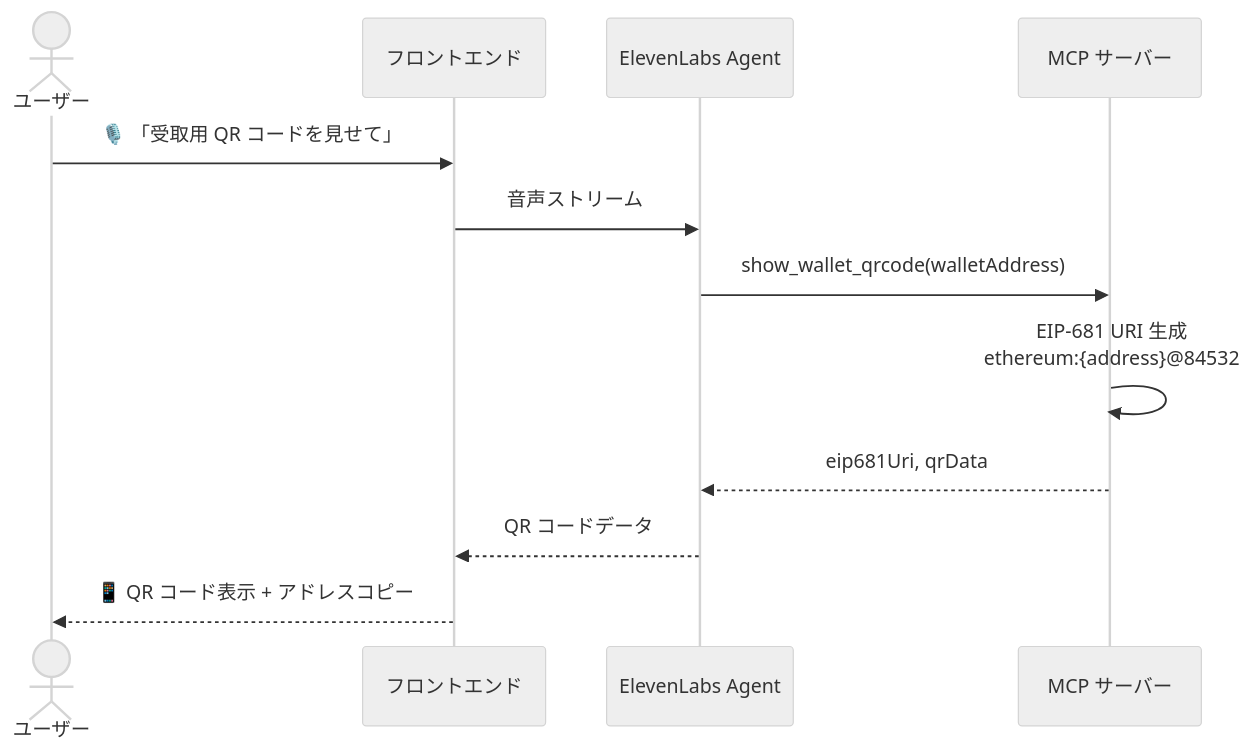
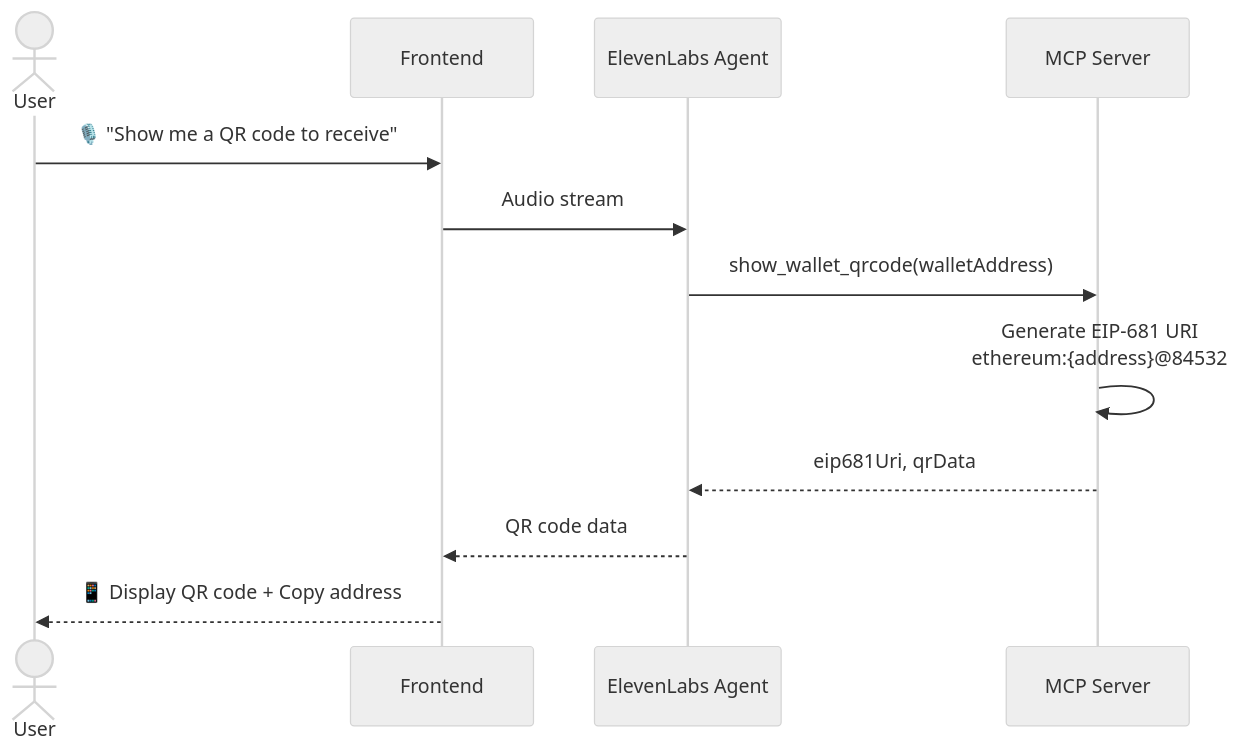
Before and after one commit to mashharuki/Mistral-Worldwide-Hackathon: the fifth of 5 diagrams in README.md, drawn with Mermaid (neutral theme). The commit also changed other lines of this file and 3 other files, not shown here.

````diff
--- a/README.md
+++ b/README.md
@@ -233,15 +233,15 @@
 ```mermaid
 sequenceDiagram
-    actor User as ユーザー
-    participant FE as フロントエンド
+    actor User as User
+    participant FE as Frontend
     participant Agent as ElevenLabs Agent
-    participant MCP as MCP サーバー
+    participant MCP as MCP Server
 
-    User->>FE: 🎙️ 「受取用 QR コードを見せて」
-    FE->>Agent: 音声ストリーム
+    User->>FE: 🎙️ "Show me a QR code to receive"
+    FE->>Agent: Audio stream
     Agent->>MCP: show_wallet_qrcode(walletAddress)
-    MCP->>MCP: EIP-681 URI 生成<br/>ethereum:{address}@84532
+    MCP->>MCP: Generate EIP-681 URI<br/>ethereum:{address}@84532
     MCP-->>Agent: eip681Uri, qrData
-    Agent-->>FE: QR コードデータ
-    FE-->>User: 📱 QR コード表示 + アドレスコピー
+    Agent-->>FE: QR code data
+    FE-->>User: 📱 Display QR code + Copy address
 ```
````
